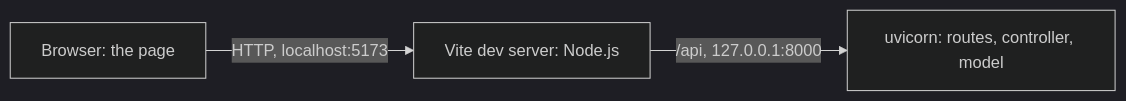
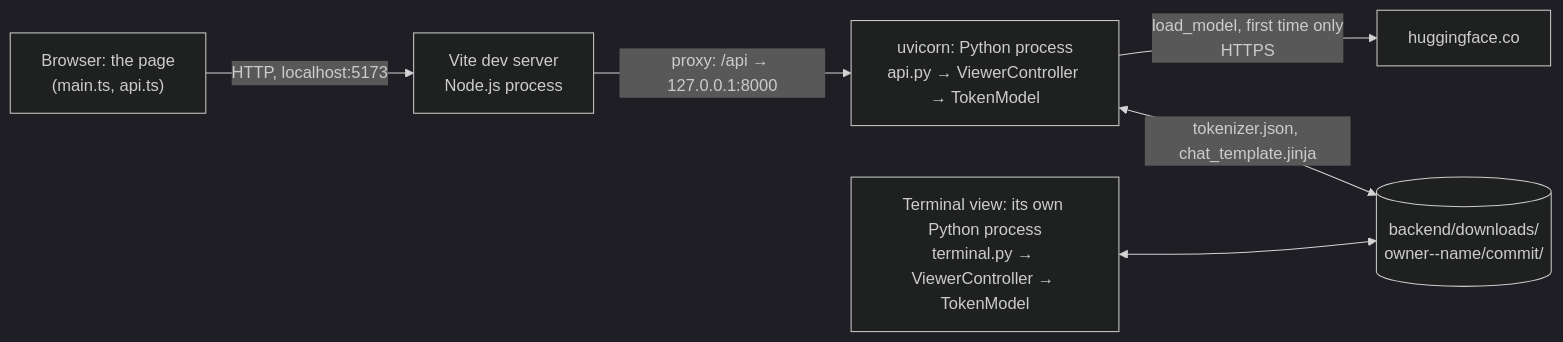
The diagram in README.md (khushbooshaurya5/token-viewer), drawn with Mermaid (dark theme) before and after one commit. The commit also changed other lines of this file and 18 other files, not shown here.

First line of the commit message:
Token viewer on Nemotron: model, controller, terminal view, captures

````diff
--- a/README.md
+++ b/README.md
@@ -50,5 +58,8 @@
 ```mermaid
 flowchart LR
-    B["Browser: the page"] -->|"HTTP, localhost:5173"| V["Vite dev server: Node.js"]
-    V -->|"/api, 127.0.0.1:8000"| U["uvicorn: routes, controller, model"]
+    B["Browser: the page<br/>(main.ts, api.ts)"] -->|"HTTP, localhost:5173"| V["Vite dev server<br/>Node.js process"]
+    V -->|"proxy: /api → 127.0.0.1:8000"| U["uvicorn: Python process<br/>api.py → ViewerController → TokenModel"]
+    U -->|"load_model, first time only<br/>HTTPS"| H["huggingface.co"]
+    U <-->|"tokenizer.json, chat_template.jinja"| D[("backend/downloads/<br/>owner--name/commit/")]
+    T["Terminal view: its own Python process<br/>terminal.py → ViewerController → TokenModel"] <--> D
 ```
````
